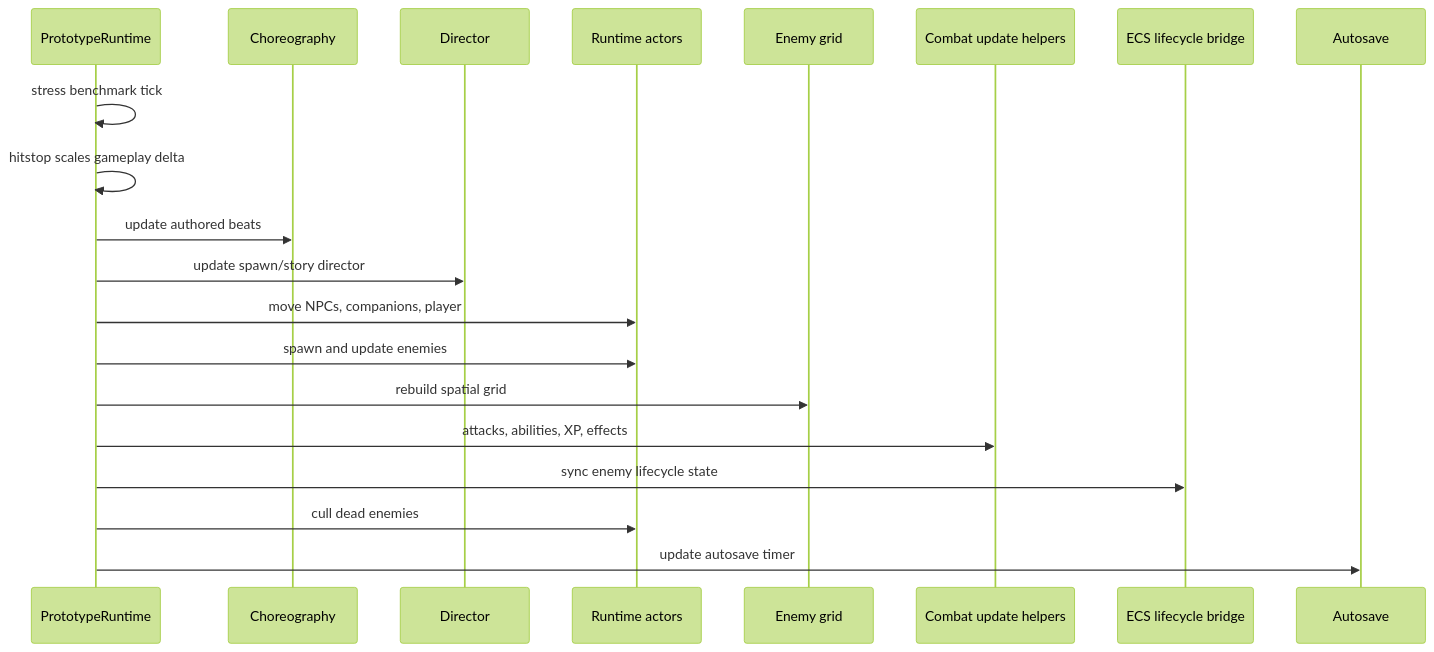
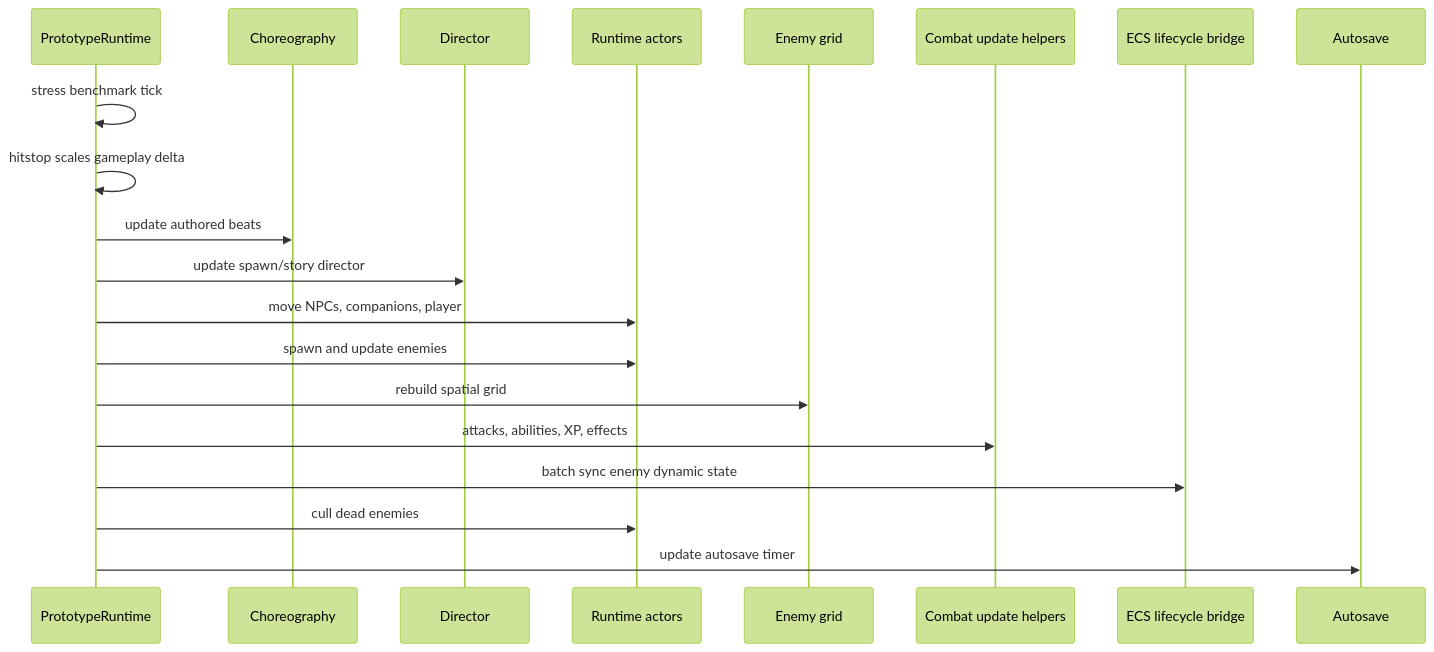
Before and after one commit to soulwax/EchoWiki: the fifth of 8 diagrams in src/content/docs/pages/architecture/inside-the-runtime.md, drawn with Mermaid (forest theme). The commit also changed other lines of this file and 10 other files, not shown here.

Commit message:
docs: document ecs lifecycle hot lane

````diff
--- a/src/content/docs/pages/architecture/inside-the-runtime.md
+++ b/src/content/docs/pages/architecture/inside-the-runtime.md
@@ -152,23 +152,23 @@
 ```mermaid
 sequenceDiagram
     participant RT as PrototypeRuntime
     participant Choreo as Choreography
     participant Director as Director
     participant Actors as Runtime actors
     participant Grid as Enemy grid
     participant Combat as Combat update helpers
     participant ECS as ECS lifecycle bridge
     participant Save as Autosave
 
     RT->>RT: stress benchmark tick
     RT->>RT: hitstop scales gameplay delta
     RT->>Choreo: update authored beats
     RT->>Director: update spawn/story director
     RT->>Actors: move NPCs, companions, player
     RT->>Actors: spawn and update enemies
     RT->>Grid: rebuild spatial grid
     RT->>Combat: attacks, abilities, XP, effects
-    RT->>ECS: sync enemy lifecycle state
+    RT->>ECS: batch sync enemy dynamic state
     RT->>Actors: cull dead enemies
     RT->>Save: update autosave timer
 ```
````
